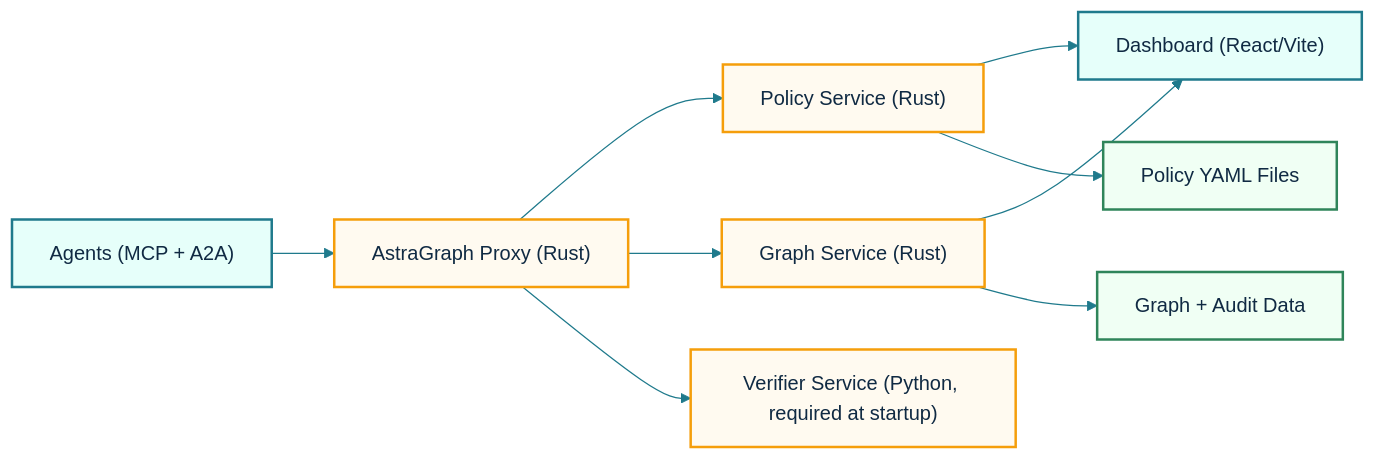
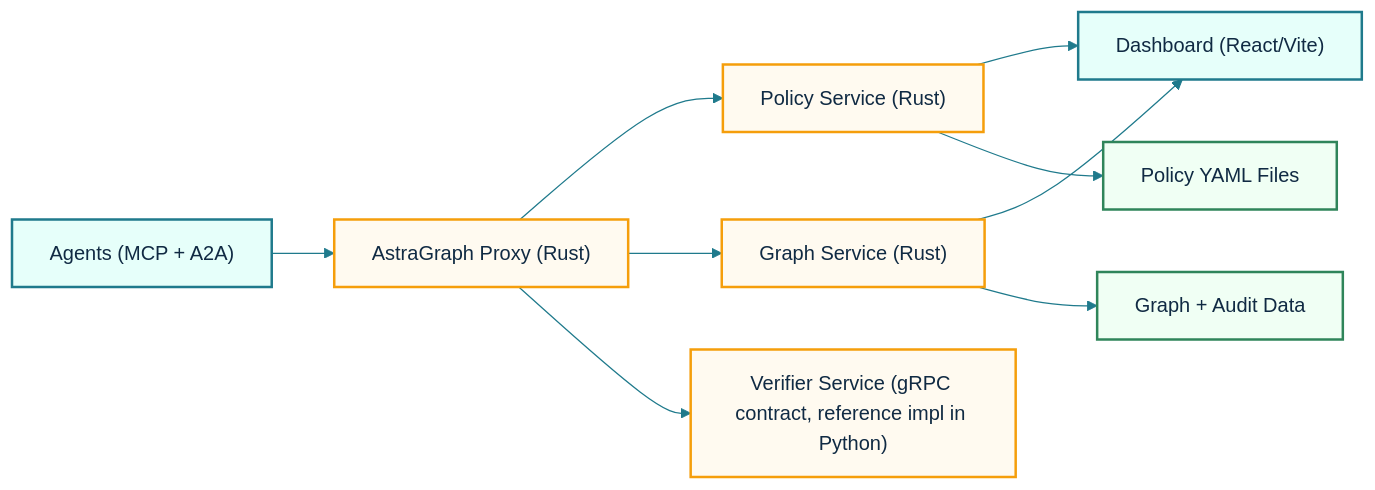
The first of 2 diagrams in README.md (yagna-1/astragraph), drawn with Mermaid before and after one commit. The commit also changed other lines of this file and 7 other files, not shown here.

Commit message:
Clarify structure and verifier contract; rename policy samples dir

````diff
--- a/README.md
+++ b/README.md
@@ -22,27 +22,27 @@
 ```mermaid
 %%{init: {'theme':'base','themeVariables':{
 'primaryColor':'#e6fffa',
 'primaryTextColor':'#102a43',
 'primaryBorderColor':'#1f7a8c',
 'lineColor':'#1f7a8c',
 'secondaryColor':'#f0fff4',
 'tertiaryColor':'#fffaf0'
 }}}%%
 flowchart LR
     AGENTS["Agents (MCP + A2A)"] --> PROXY["AstraGraph Proxy (Rust)"]
     PROXY --> POLICY["Policy Service (Rust)"]
     PROXY --> GRAPH["Graph Service (Rust)"]
-    PROXY --> VERIFIER["Verifier Service (Python, required at startup)"]
+    PROXY --> VERIFIER["Verifier Service (gRPC contract, reference impl in Python)"]
     GRAPH --> DASH["Dashboard (React/Vite)"]
     POLICY --> DASH
     POLICY --> POLICYFILES["Policy YAML Files"]
     GRAPH --> DATASTORE["Graph + Audit Data"]
 
     classDef edge fill:#e6fffa,stroke:#1f7a8c,stroke-width:2px,color:#102a43;
     classDef core fill:#fffaf0,stroke:#f59e0b,stroke-width:2px,color:#102a43;
     classDef store fill:#f0fff4,stroke:#2f855a,stroke-width:2px,color:#102a43;
 
     class AGENTS,DASH edge;
     class PROXY,POLICY,GRAPH,VERIFIER core;
     class POLICYFILES,DATASTORE store;
 ```
````
